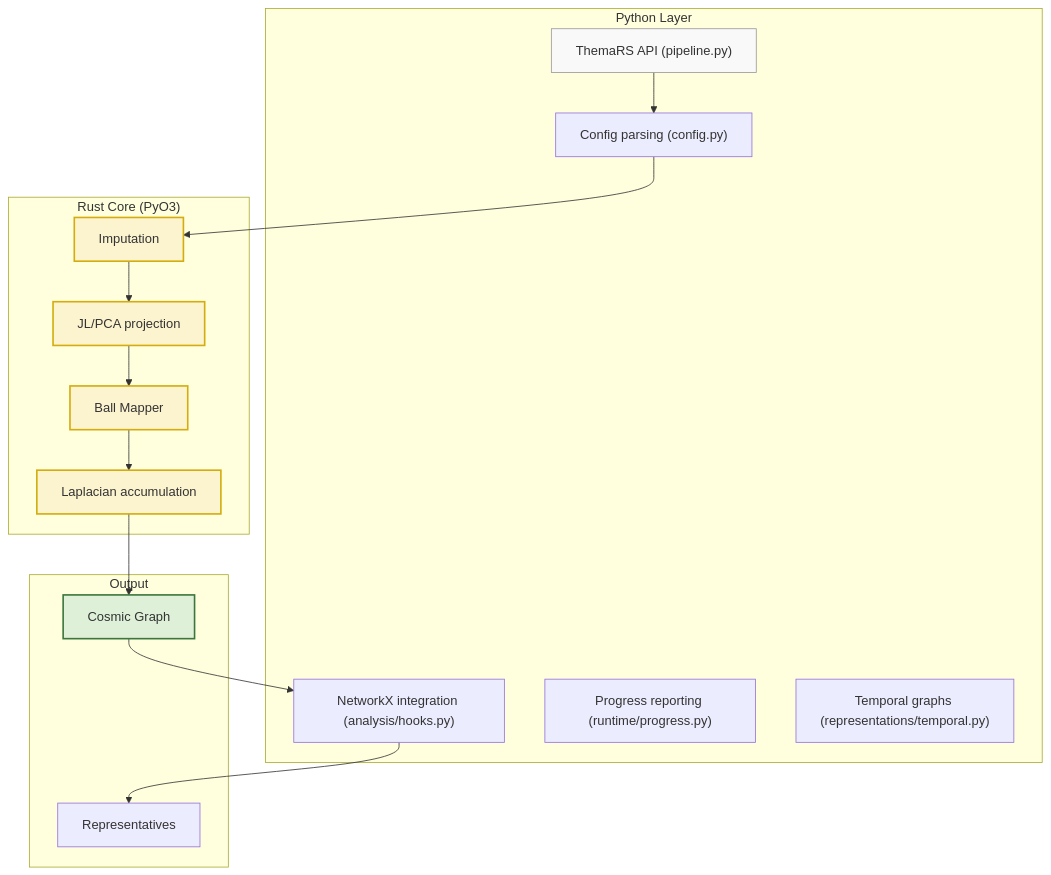
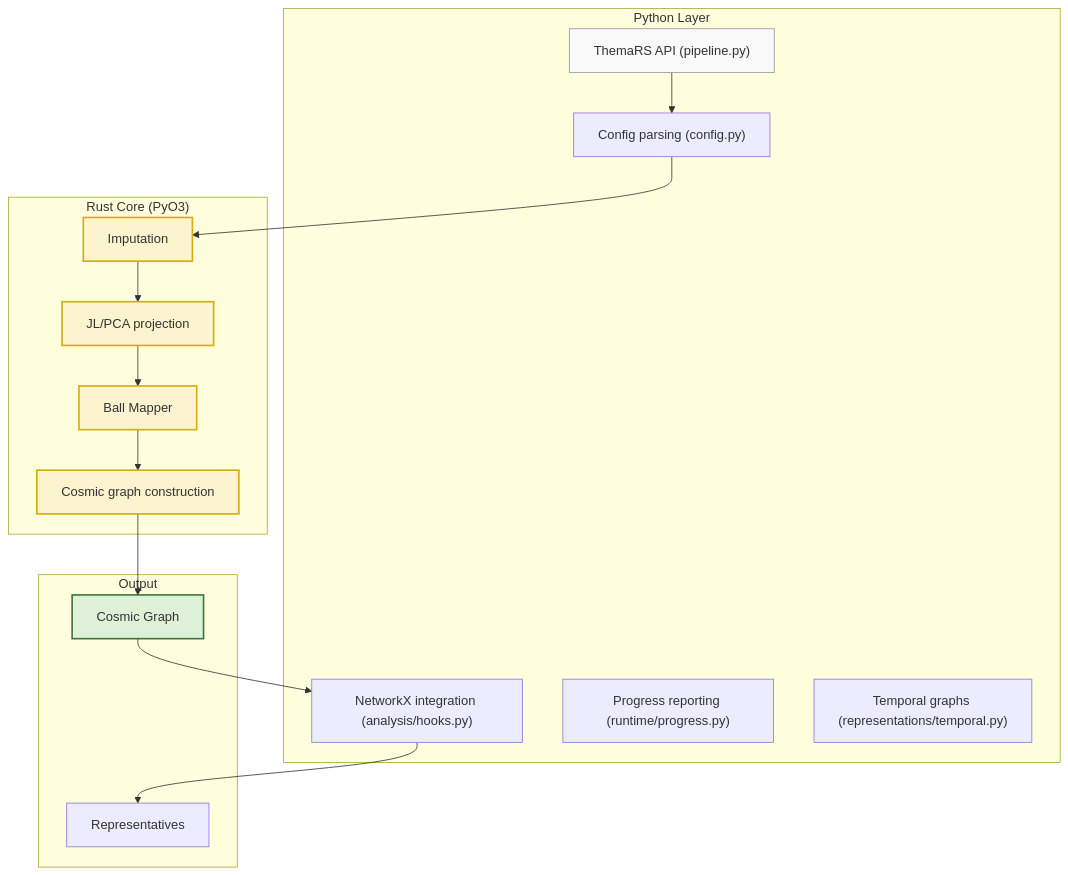
The diagram in docs/source/overview.rst (Krv-Labs/pulsar), drawn with Mermaid before and after one commit. The commit also changed other lines of this file and 27 other files, not shown here.

First line of the commit message:
MinHash Cosmic-Graph Construction (#20)

```diff
--- a/docs/source/overview.rst
+++ b/docs/source/overview.rst
@@ -25,38 +25,38 @@
 .. mermaid::
 
    graph TB
       subgraph "Python Layer"
          A["ThemaRS API (pipeline.py)"]
          B["Config parsing (config.py)"]
          C["NetworkX integration (analysis/hooks.py)"]
          P["Progress reporting (runtime/progress.py)"]
          T["Temporal graphs (representations/temporal.py)"]
       end
 
       subgraph "Rust Core (PyO3)"
          D["Imputation"]
          E["JL/PCA projection"]
          F["Ball Mapper"]
-         G["Laplacian accumulation"]
+         G["Cosmic graph construction"]
       end
 
       subgraph "Output"
          H["Cosmic Graph"]
          I["Representatives"]
       end
 
       A --> B
       B --> D
       D --> E
       E --> F
       F --> G
       G --> H
       H --> C
       C --> I
 
       style A fill:#f9f9f9,stroke:#999
       style D fill:#FCF3CF,stroke:#D4AC0D,stroke-width:2px
       style E fill:#FCF3CF,stroke:#D4AC0D,stroke-width:2px
       style F fill:#FCF3CF,stroke:#D4AC0D,stroke-width:2px
       style G fill:#FCF3CF,stroke:#D4AC0D,stroke-width:2px
       style H fill:#DFF0D8,stroke:#3C763D,stroke-width:2px
```
